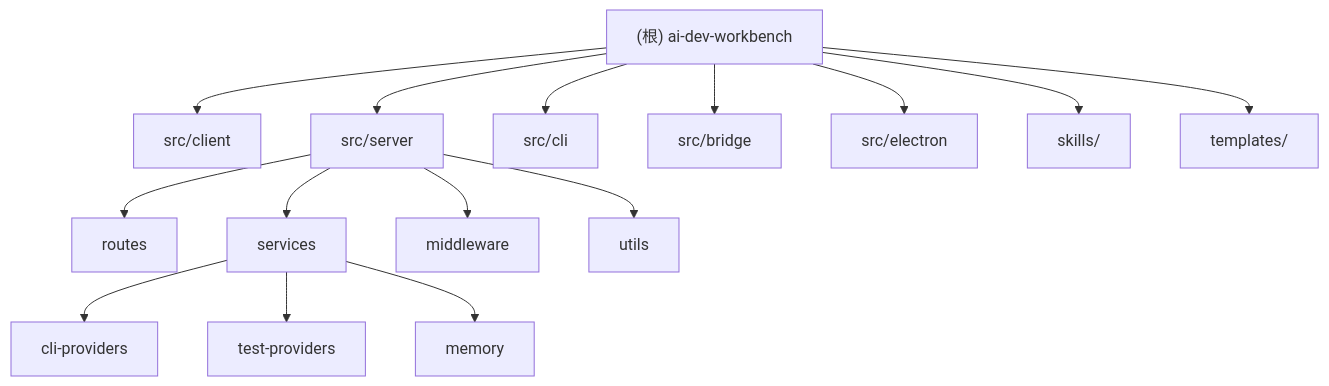
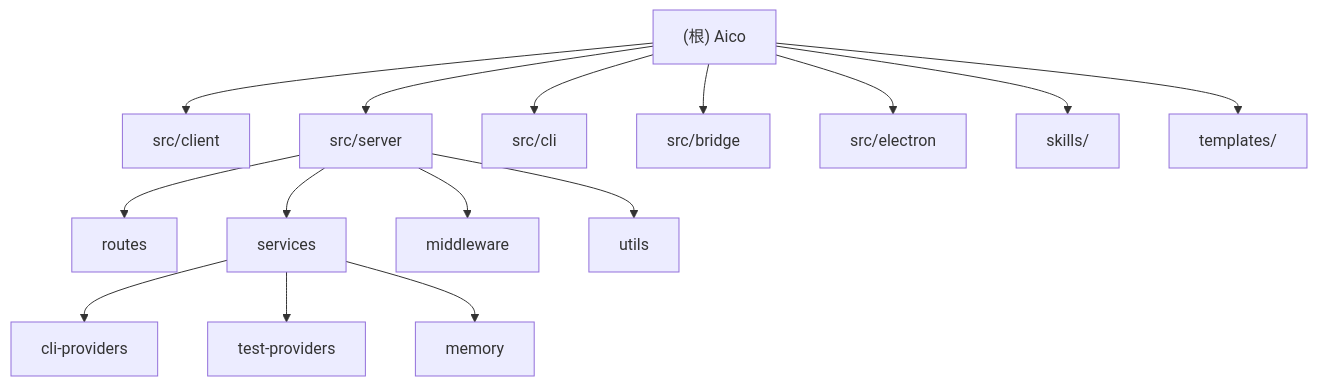
Before and after one commit to oCo0c0/ai-dev-workflow: the diagram in CLAUDE.md, drawn with Mermaid. The commit also changed other lines of this file and 67 other files, not shown here.

````diff
--- a/CLAUDE.md
+++ b/CLAUDE.md
@@ -21,25 +21,25 @@
 ```mermaid
 graph TD
-    ROOT["(根) ai-dev-workbench"] --> CLIENT["src/client"]
+    ROOT["(根) Aico"] --> CLIENT["src/client"]
     ROOT --> SERVER["src/server"]
     ROOT --> CLI["src/cli"]
     ROOT --> BRIDGE["src/bridge"]
     ROOT --> ELECTRON["src/electron"]
     ROOT --> SKILLS["skills/"]
     ROOT --> TEMPLATES["templates/"]
 
     SERVER --> ROUTES["routes"]
     SERVER --> SERVICES["services"]
     SERVER --> MIDDLEWARE["middleware"]
     SERVER --> UTILS["utils"]
 
     SERVICES --> CLI_PROVIDERS["cli-providers"]
     SERVICES --> TEST_PROVIDERS["test-providers"]
     SERVICES --> MEMORY["memory"]
 
     click CLIENT "./src/client/CLAUDE.md" "查看 client 模块文档"
     click SERVER "./src/server/CLAUDE.md" "查看 server 模块文档"
     click CLI "./src/cli/CLAUDE.md" "查看 cli 模块文档"
     click BRIDGE "./src/bridge/CLAUDE.md" "查看 bridge 模块文档"
     click ELECTRON "./src/electron/CLAUDE.md" "查看 electron 模块文档"
 ```
````
